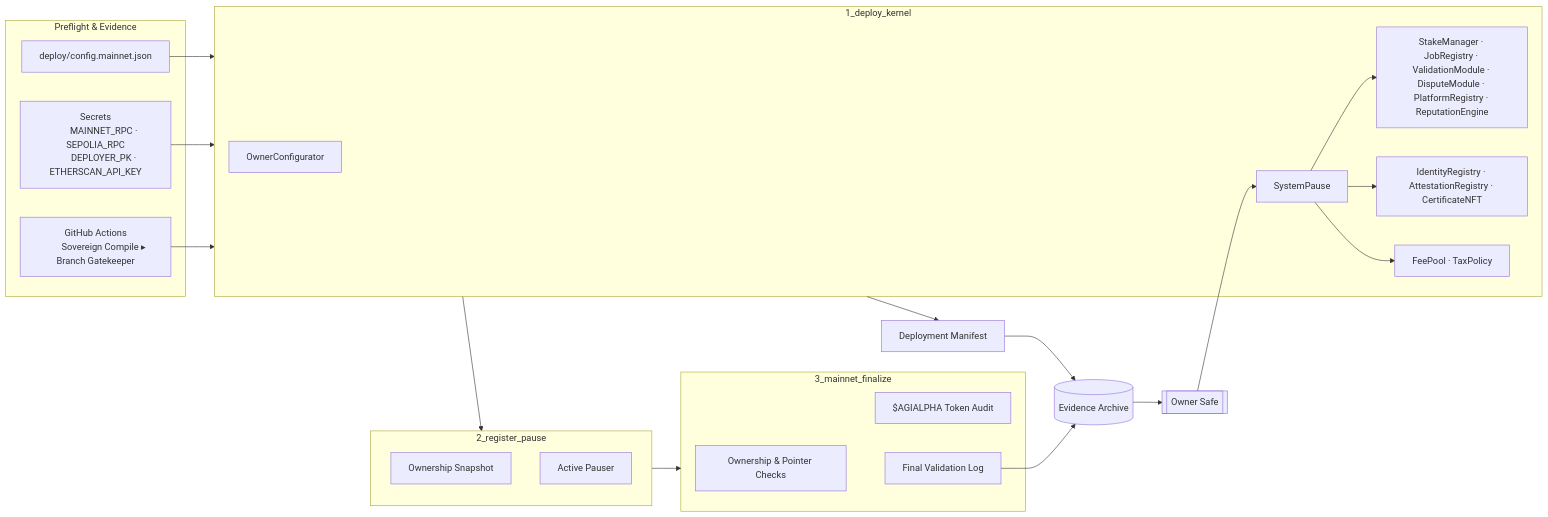
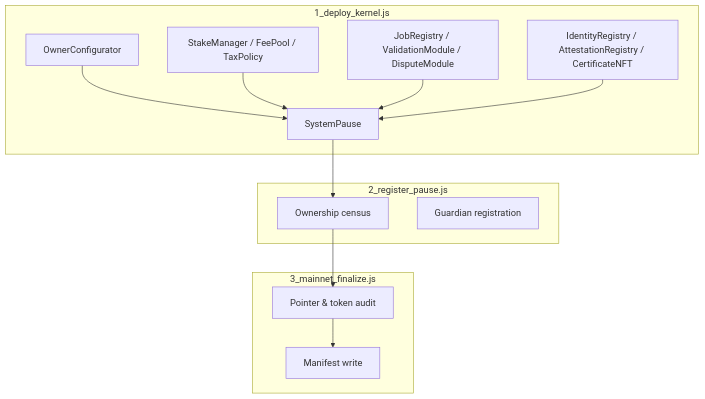
The diagram in migrations/README.md (MontrealAI/agijobs-sovereign-labor-v0p1), drawn with Mermaid before and after one commit. The commit also changed other lines of this file and 7 other files, not shown here.

````diff
--- a/migrations/README.md
+++ b/migrations/README.md
@@ -42,45 +37,24 @@
 ```mermaid
-flowchart LR
-    subgraph Stage0[Preflight & Evidence]
-        Config[deploy/config.mainnet.json]
-        Env[Secrets
-        MAINNET_RPC · SEPOLIA_RPC
-        DEPLOYER_PK · ETHERSCAN_API_KEY]
-        CI[GitHub Actions
-        Sovereign Compile ▸ Branch Gatekeeper]
+flowchart TB
+    subgraph Stage1[1_deploy_kernel.js]
+        deployOwner[OwnerConfigurator]
+        deployEconomics[StakeManager / FeePool / TaxPolicy]
+        deployLabor[JobRegistry / ValidationModule / DisputeModule]
+        deployIdentity[IdentityRegistry / AttestationRegistry / CertificateNFT]
+        deployPause[SystemPause]
+    end
+    subgraph Stage2[2_register_pause.js]
+        census[Ownership census]
+        guardian[Guardian registration]
+    end
+    subgraph Stage3[3_mainnet_finalize.js]
+        audit[Pointer & token audit]
+        manifest[Manifest write]
     end
 
-    subgraph Stage1[1_deploy_kernel]
-        OwnerCfg[OwnerConfigurator]
-        Pause[SystemPause]
-        Kernel[StakeManager · JobRegistry · ValidationModule · DisputeModule · PlatformRegistry · ReputationEngine]
-        IdentityMesh[IdentityRegistry · AttestationRegistry · CertificateNFT]
-        Treasury[FeePool · TaxPolicy]
-    end
-
-    subgraph Stage2[2_register_pause]
-        Snapshot[Ownership Snapshot]
-        Guardian[Active Pauser]
-    end
-
-    subgraph Stage3[3_mainnet_finalize]
-        Checks[Ownership & Pointer Checks]
-        TokenAudit[$AGIALPHA Token Audit]
-        FinalReport[Final Validation Log]
-    end
-
-    Config --> Stage1
-    Env --> Stage1
-    CI --> Stage1
-    Stage1 --> Manifest[Deployment Manifest]
-    Stage1 --> Stage2
-    Stage2 --> Stage3
-    Stage3 --> FinalReport
-    Manifest --> Evidence[(Evidence Archive)]
-    FinalReport --> Evidence
-    Evidence --> OwnerSafe[[Owner Safe]]
-    OwnerSafe --> Pause
-    Pause --> Kernel
-    Pause --> IdentityMesh
-    Pause --> Treasury
+    deployOwner --> deployPause
+    deployEconomics --> deployPause
+    deployLabor --> deployPause
+    deployIdentity --> deployPause
+    deployPause --> census --> audit --> manifest
 ```
````
